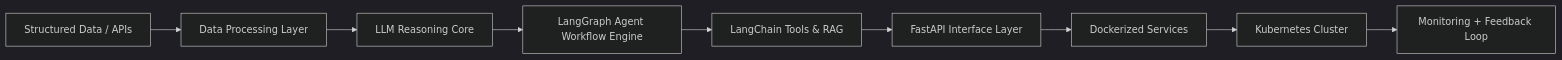
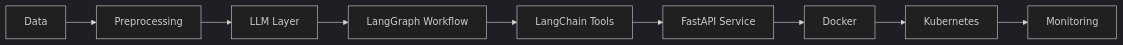
One commit to DesiLadkaa/DesiLadkaa changed the diagram in README.md. Above: the diagram before and after it, drawn with Mermaid (dark theme). The commit also changed other lines of this file, not shown here.

````diff
--- a/README.md
+++ b/README.md
@@ -26,11 +26,11 @@
 ```mermaid
 flowchart LR
-    A[Structured Data / APIs] --> B[Data Processing Layer]
-    B --> C[LLM Reasoning Core]
-    C --> D[LangGraph Agent Workflow Engine]
-    D --> E[LangChain Tools & RAG]
-    E --> F[FastAPI Interface Layer]
-    F --> G[Dockerized Services]
-    G --> H[Kubernetes Cluster]
-    H --> I[Monitoring + Feedback Loop]
+    A[Data] --> B[Preprocessing]
+    B --> C[LLM Layer]
+    C --> D[LangGraph Workflow]
+    D --> E[LangChain Tools]
+    E --> F[FastAPI Service]
+    F --> G[Docker]
+    G --> H[Kubernetes]
+    H --> I[Monitoring]
 ```
````
